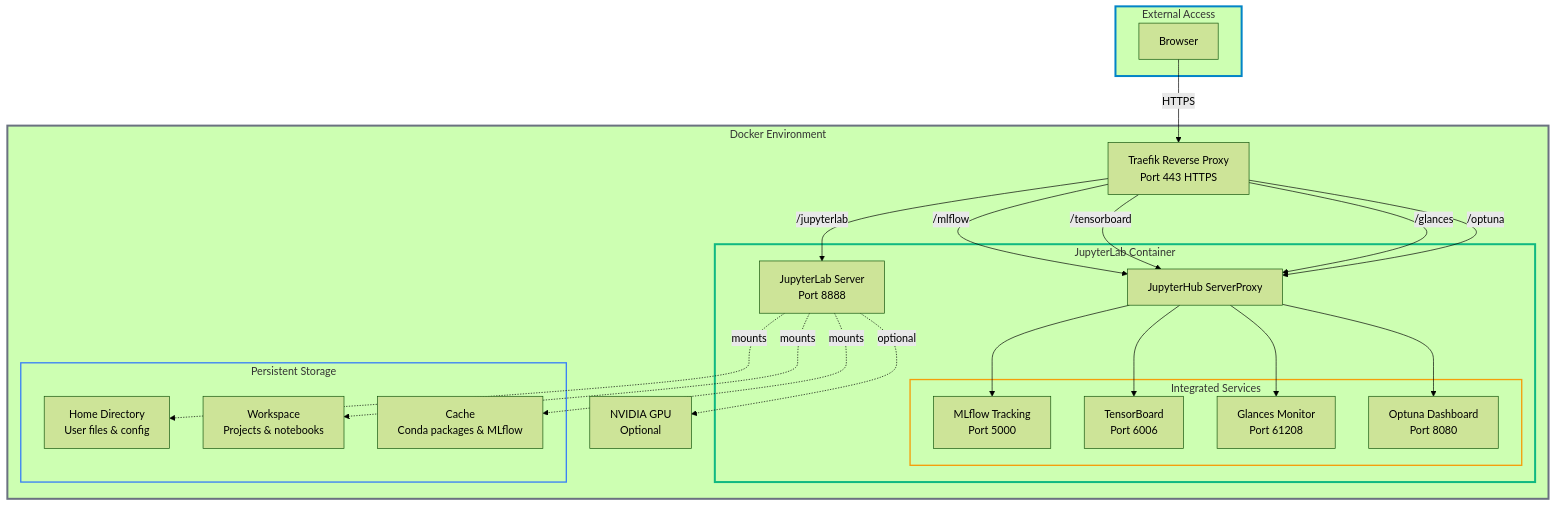
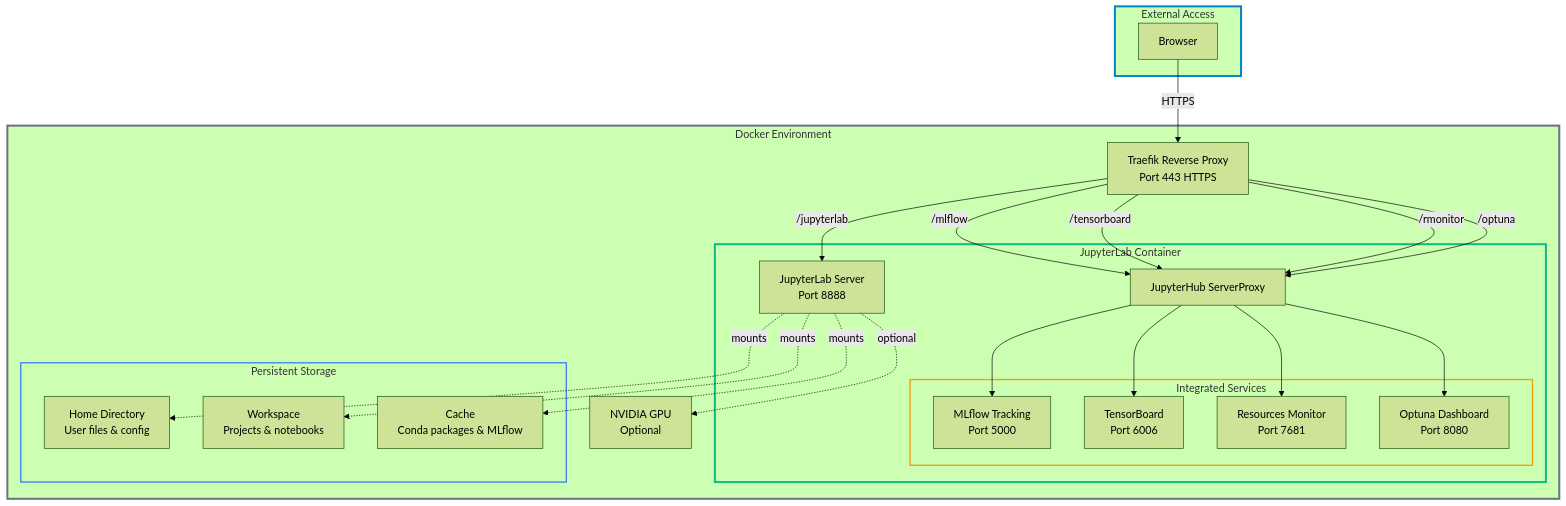
One commit to stellarshenson/stellars-jupyterlab-ds changed the first of 2 diagrams in README.md. Above: the diagram before and after it, drawn with Mermaid (forest theme). The commit also changed other lines of this file and 4 other files, not shown here.

First line of the commit message:
docs: update README for btop resources monitor, add gpustat newline

````diff
--- a/README.md
+++ b/README.md
@@ -97,54 +97,54 @@
 ```mermaid
 graph TB
     subgraph External["External Access"]
         Browser[Browser]
     end
 
     subgraph Docker["Docker Environment"]
         Traefik[Traefik Reverse Proxy<br/>Port 443 HTTPS]
 
         subgraph JupyterLab["JupyterLab Container"]
             JLServer[JupyterLab Server<br/>Port 8888]
             ServerProxy[JupyterHub ServerProxy]
 
             subgraph Services["Integrated Services"]
                 MLflow[MLflow Tracking<br/>Port 5000]
                 TensorBoard[TensorBoard<br/>Port 6006]
-                Glances[Glances Monitor<br/>Port 61208]
+                ResourcesMonitor[Resources Monitor<br/>Port 7681]
                 Optuna[Optuna Dashboard<br/>Port 8080]
             end
         end
 
         subgraph Volumes["Persistent Storage"]
             VolHome[Home Directory<br/>User files & config]
             VolWorkspace[Workspace<br/>Projects & notebooks]
             VolCache[Cache<br/>Conda packages & MLflow]
         end
 
         GPU[NVIDIA GPU<br/>Optional]
     end
 
     Browser -->|HTTPS| Traefik
     Traefik -->|/jupyterlab| JLServer
     Traefik -->|/mlflow| ServerProxy
     Traefik -->|/tensorboard| ServerProxy
-    Traefik -->|/glances| ServerProxy
+    Traefik -->|/rmonitor| ServerProxy
     Traefik -->|/optuna| ServerProxy
 
     ServerProxy --> MLflow
     ServerProxy --> TensorBoard
-    ServerProxy --> Glances
+    ServerProxy --> ResourcesMonitor
     ServerProxy --> Optuna
 
     JLServer -.->|mounts| VolHome
     JLServer -.->|mounts| VolWorkspace
     JLServer -.->|mounts| VolCache
 
     JLServer -.->|optional| GPU
 
     style External stroke:#0284c7,stroke-width:3px
     style Docker stroke:#6b7280,stroke-width:3px
     style JupyterLab stroke:#10b981,stroke-width:3px
     style Services stroke:#f59e0b,stroke-width:2px
     style Volumes stroke:#3b82f6,stroke-width:2px
 ```
````
